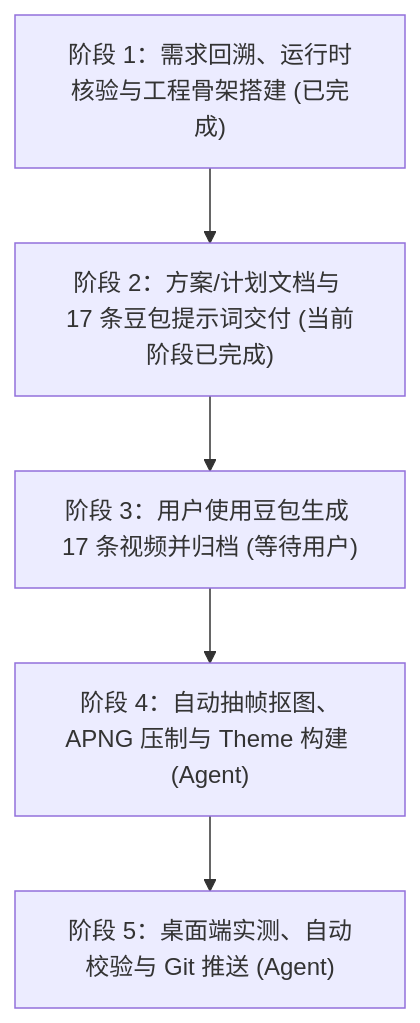
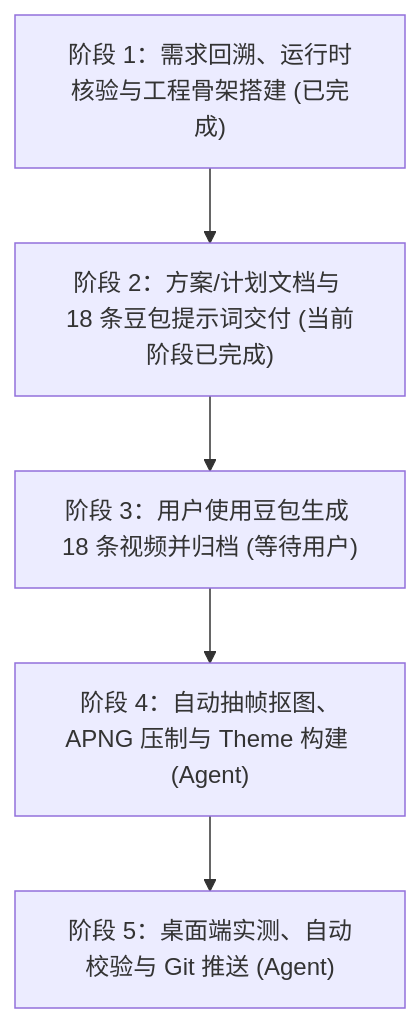
Before and after one commit to RyanChenJJH/pet-desk: the diagram in docs/R9.0_机械少女_实施执行计划.md, drawn with Mermaid. The commit also changed other lines of this file and 1 other file, not shown here.

````diff
--- a/docs/R9.0_机械少女_实施执行计划.md
+++ b/docs/R9.0_机械少女_实施执行计划.md
@@ -21,7 +21,7 @@
 ```mermaid
 flowchart TD
-    P1["阶段 1：需求回溯、运行时核验与工程骨架搭建 (已完成)"] --> P2["阶段 2：方案/计划文档与 17 条豆包提示词交付 (当前阶段已完成)"]
-    P2 --> P3["阶段 3：用户使用豆包生成 17 条视频并归档 (等待用户)"]
+    P1["阶段 1：需求回溯、运行时核验与工程骨架搭建 (已完成)"] --> P2["阶段 2：方案/计划文档与 18 条豆包提示词交付 (当前阶段已完成)"]
+    P2 --> P3["阶段 3：用户使用豆包生成 18 条视频并归档 (等待用户)"]
     P3 --> P4["阶段 4：自动抽帧抠图、APNG 压制与 Theme 构建 (Agent)"]
     P4 --> P5["阶段 5：桌面端实测、自动校验与 Git 推送 (Agent)"]
 ```
````
